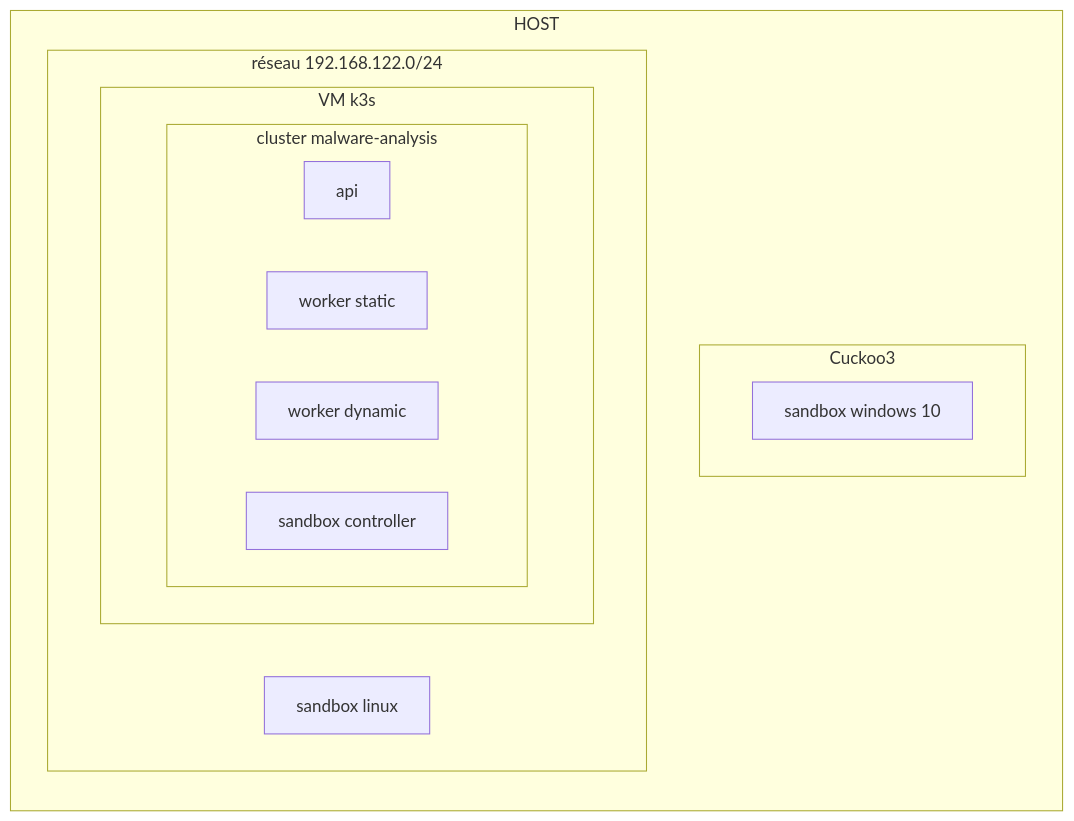
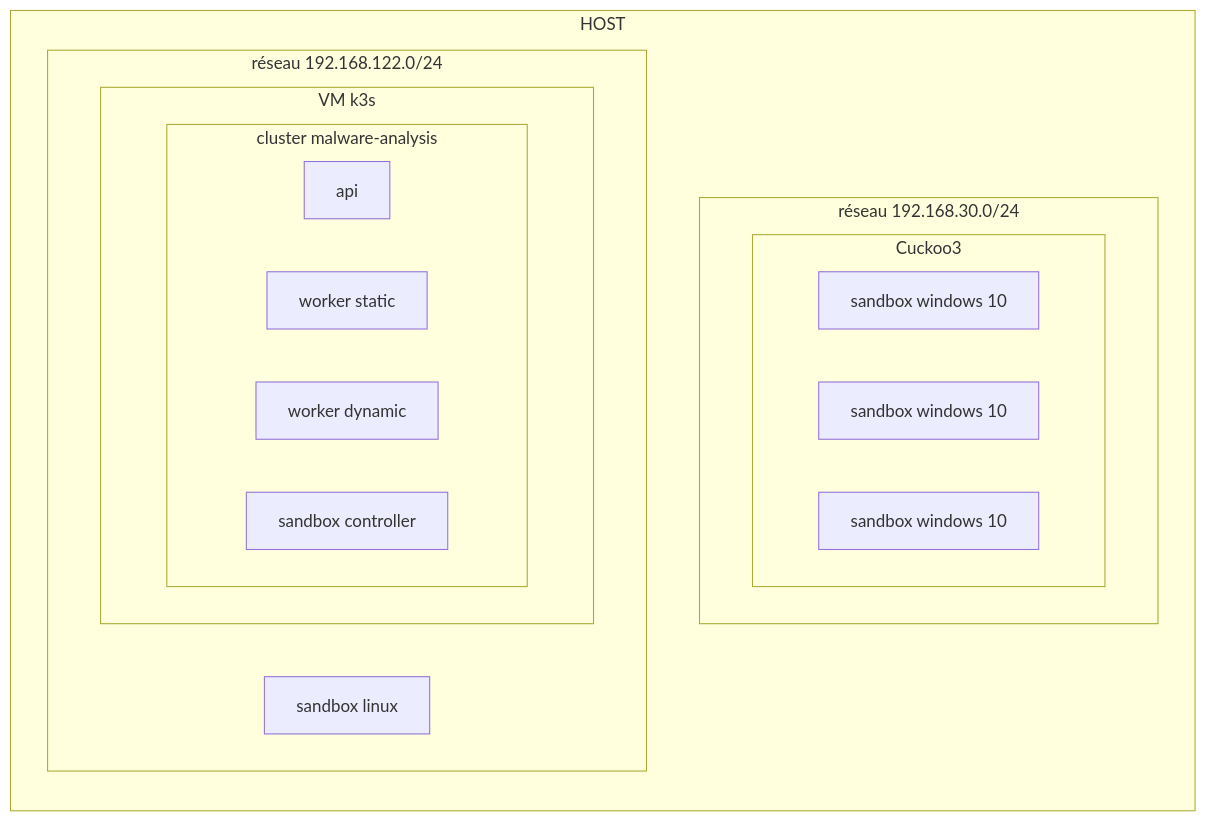
Before and after one commit to na-teag/PFE: the first of 3 diagrams in docs/ARCHITECTURE.md, drawn with Mermaid. The commit also changed other lines of this file, not shown here.

Commit message:
docs : update ARCHITECTURE.md

````diff
--- a/docs/ARCHITECTURE.md
+++ b/docs/ARCHITECTURE.md
@@ -3,24 +3,27 @@
 ```mermaid
 flowchart LR
     
 subgraph HOST
-    subgraph Cuckoo3
-        VM1[sandbox windows 10]
+    subgraph R3[réseau 192.168.30.0/24]
+        subgraph Cuckoo3
+            VM1[sandbox windows 10]
+            VM2[sandbox windows 10]
+            VM3[sandbox windows 10]
+        end
     end
-    
 
     subgraph R2[réseau 192.168.122.0/24]
-        VM2[sandbox linux]
-        subgraph VM3[VM k3s]
+        VM4[sandbox linux]
+        subgraph VM5[VM k3s]
             subgraph C[cluster malware-analysis]
                 P1[api]
                 P2[worker static]
                 P3[worker dynamic]
                 P4[sandbox controller]
             end
         end
     end
 
     click Cuckoo3 "https://github.com/cert-ee/cuckoo3" "Cuckoo3" _blank
 end
 ```
````
